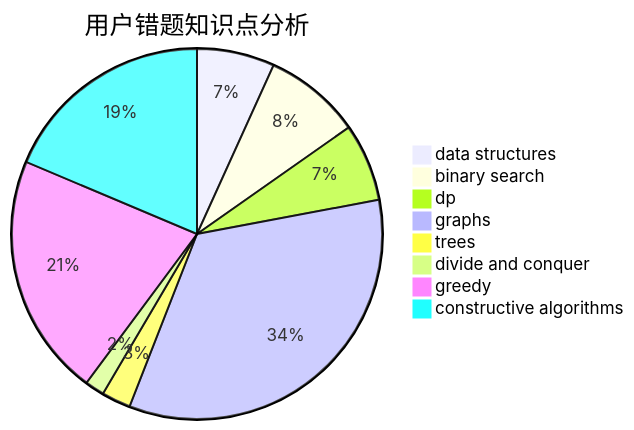
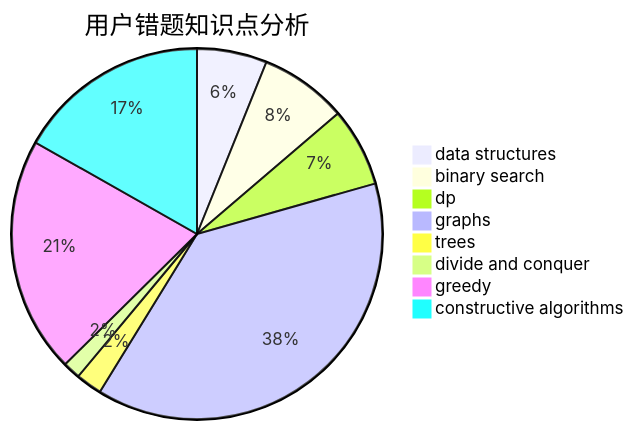
One commit to sherpahu/cfrs.github.io changed the third of 3 diagrams in docs/user/u2489.md. Above: the diagram before and after it, drawn with Mermaid. The commit also changed other lines of this file and 2770 other files, not shown here.

````diff
--- a/docs/user/u2489.md
+++ b/docs/user/u2489.md
@@ -36,11 +36,11 @@
 ```mermaid
 pie title 用户错题知识点分析
     "data structures" :  8
     "binary search" :  10
-    "dp" :  8
-    "graphs" :  40
+    "dp" :  9
+    "graphs" :  50
     "trees" :  3
     "divide and conquer" :  2
-    "greedy" :  25
+    "greedy" :  27
     "constructive algorithms" :  22
 ```
````
